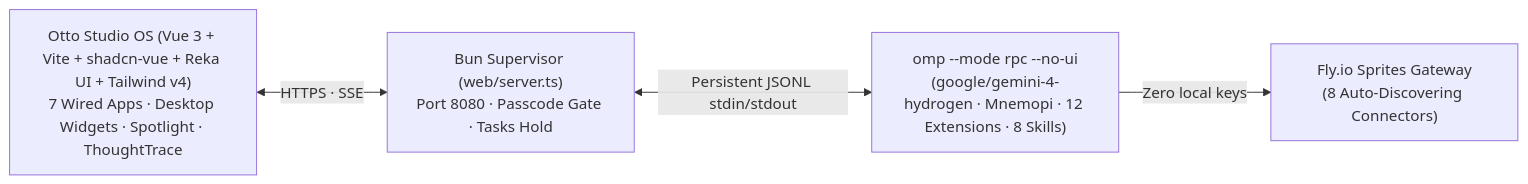
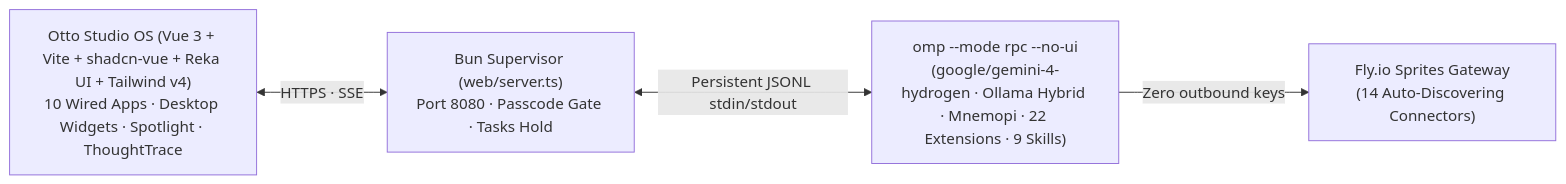
The first of 5 diagrams in docs/architecture.md (roffidaijoubu/otto), drawn with Mermaid before and after one commit. The commit also changed other lines of this file and 32 other files, not shown here.

Commit message:
security: harden RPC/QStash/auth boundaries, add 64 offline tests + CI, and reconcile architecture docs

````diff
--- a/docs/architecture.md
+++ b/docs/architecture.md
@@ -13,6 +13,6 @@
 ```mermaid
 flowchart LR
-    B["Otto Studio OS (Vue 3 + Vite + shadcn-vue + Reka UI + Tailwind v4)<br/>7 Wired Apps · Desktop Widgets · Spotlight · ThoughtTrace"] <-->|"HTTPS · SSE"| S["Bun Supervisor (web/server.ts)<br/>Port 8080 · Passcode Gate · Tasks Hold"]
-    S <-->|"Persistent JSONL stdin/stdout"| O["omp --mode rpc --no-ui<br/>(google/gemini-4-hydrogen · Mnemopi · 12 Extensions · 8 Skills)"]
-    O -->|"Zero local keys"| G["Fly.io Sprites Gateway<br/>(8 Auto-Discovering Connectors)"]
+    B["Otto Studio OS (Vue 3 + Vite + shadcn-vue + Reka UI + Tailwind v4)<br/>10 Wired Apps · Desktop Widgets · Spotlight · ThoughtTrace"] <-->|"HTTPS · SSE"| S["Bun Supervisor (web/server.ts)<br/>Port 8080 · Passcode Gate · Tasks Hold"]
+    S <-->|"Persistent JSONL stdin/stdout"| O["omp --mode rpc --no-ui<br/>(google/gemini-4-hydrogen · Ollama Hybrid · Mnemopi · 22 Extensions · 9 Skills)"]
+    O -->|"Zero outbound keys"| G["Fly.io Sprites Gateway<br/>(14 Auto-Discovering Connectors)"]
 ```
````
